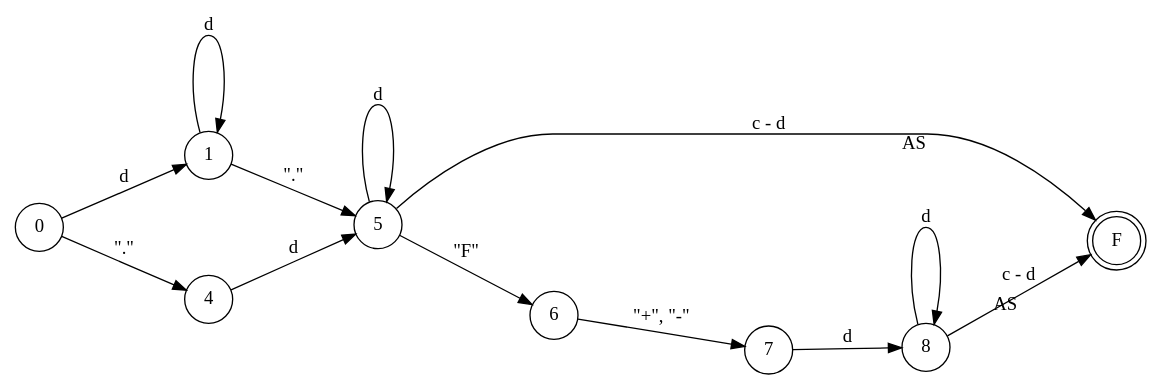
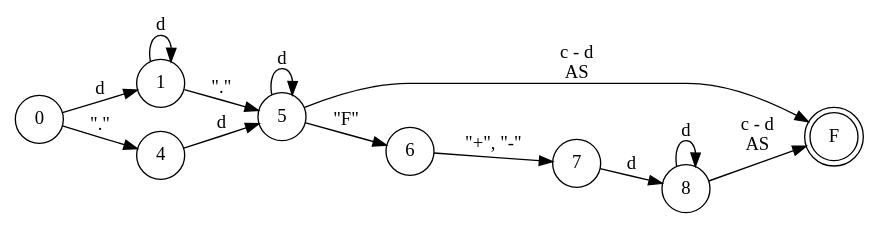
The diagram in resources/FA/FADiagrams/floating.dot (iroumec/RouVel-Compiler), drawn with Graphviz before and after one commit. The commit also changed 12 other files, not shown here.

Commit message:
Improvements in Diagrams

```diff
--- a/resources/FA/FADiagrams/floating.dot
+++ b/resources/FA/FADiagrams/floating.dot
@@ -1,27 +1,18 @@
 digraph DFA {
-    // Layout más libre y cuadrado
-    splines = true;
-    overlap = false;
-    nodesep = 1;
-    ranksep = 1;
     rankdir = LR;
-    
-    // Estados normales.
     node [shape = circle;];
-    
-    // Estado de aceptación.
     F [shape = doublecircle;];
     
     0 -> 1 [label = "d";];
     0 -> 4 [label = "\".\"";];
     1 -> 1 [label = "d";];
     1 -> 5 [label = "\".\"";];
     4 -> 5 [label = "d";];
     5 -> 5 [label = "d";];
-    5 -> F [label = "c - d"; xlabel = "AS";];
+    5 -> F [label = "c - d \n AS";];
     5 -> 6 [label = "\"F\"";];
     6 -> 7 [label = "\"+\", \"-\"";];
     7 -> 8 [label = "d";];
     8 -> 8 [label = "d";];
-    8 -> F [label = "c - d"; xlabel = "AS";];
+    8 -> F [label = "c - d \n AS";];
 }
```
